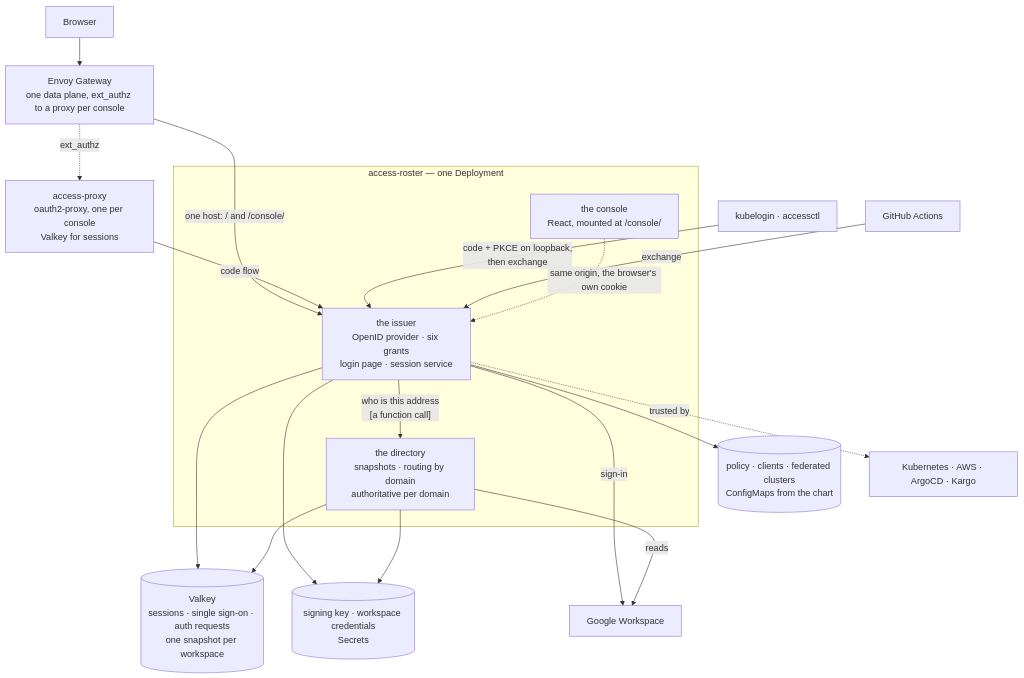
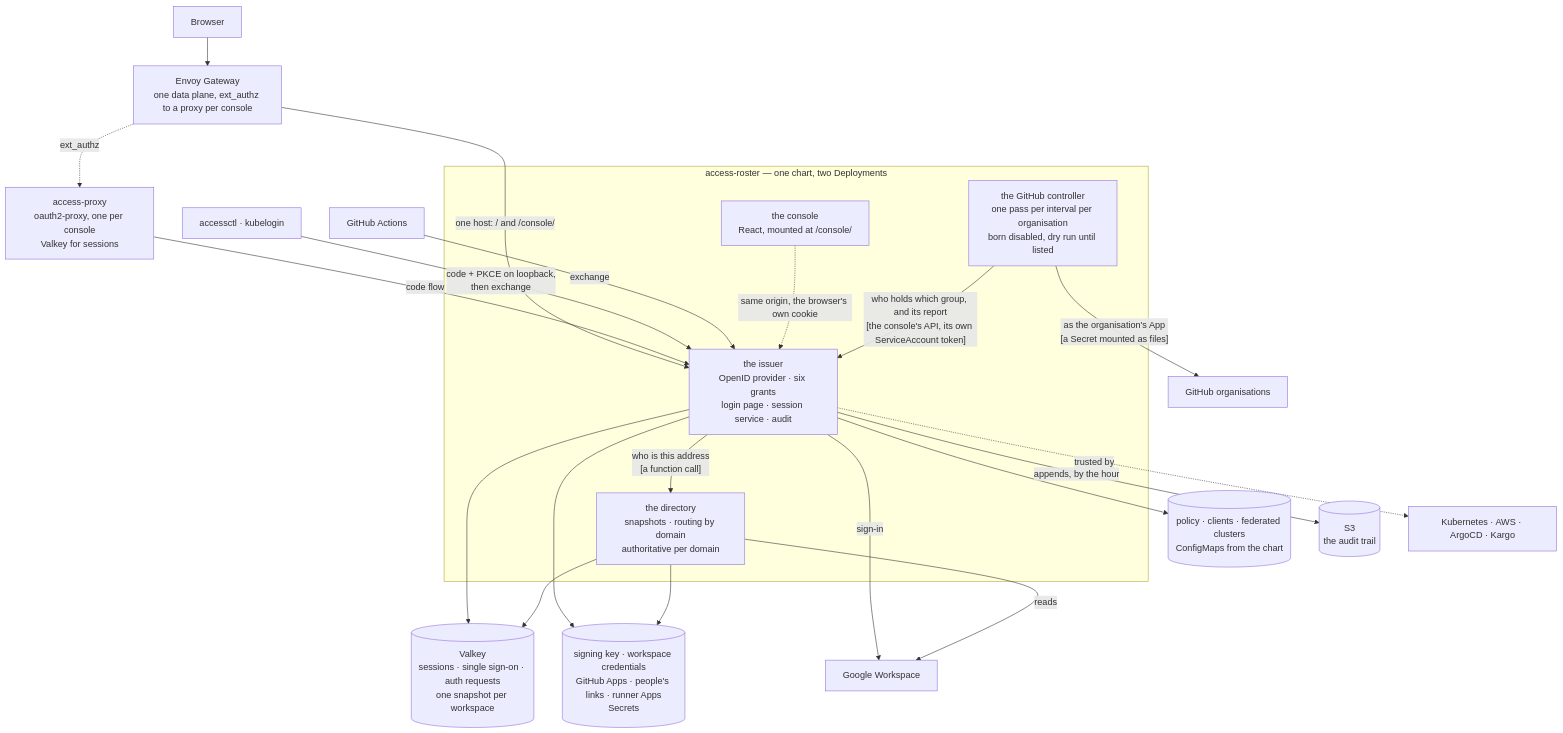
One commit to truvity/access-roster changed the second of 2 diagrams in docs/architecture.md. Above: the diagram before and after it, drawn with Mermaid. The commit also changed other lines of this file and 37 other files, not shown here.

````diff
--- a/docs/architecture.md
+++ b/docs/architecture.md
@@ -57,39 +64,45 @@
 ```mermaid
 flowchart TB
   browser["Browser"]
-  cli["kubelogin · accessctl"]
+  cli["accessctl · kubelogin"]
   ci["GitHub Actions"]
   gw["Envoy Gateway<br/>one data plane, ext_authz to a proxy per console"]
 
-  subgraph ar["access-roster — one Deployment"]
-    issuer["the issuer<br/>OpenID provider · six grants<br/>login page · session service"]
+  subgraph ar["access-roster — one chart, two Deployments"]
+    issuer["the issuer<br/>OpenID provider · six grants<br/>login page · session service · audit"]
     dir["the directory<br/>snapshots · routing by domain<br/>authoritative per domain"]
     con["the console<br/>React, mounted at /console/"]
+    ctl["the GitHub controller<br/>one pass per interval per organisation<br/>born disabled, dry run until listed"]
   end
 
   vk[("Valkey<br/>sessions · single sign-on · auth requests<br/>one snapshot per workspace")]
   cfg[("policy · clients · federated clusters<br/>ConfigMaps from the chart")]
-  sec[("signing key · workspace credentials<br/>Secrets")]
+  sec[("signing key · workspace credentials<br/>GitHub Apps · people's links · runner Apps<br/>Secrets")]
+  s3[("S3<br/>the audit trail")]
 
   proxy["access-proxy<br/>oauth2-proxy, one per console<br/>Valkey for sessions"]
   idp["Google Workspace"]
   rp["Kubernetes · AWS · ArgoCD · Kargo"]
+  gho["GitHub organisations"]
 
   browser --> gw
   gw -- "one host: / and /console/" --> issuer
   gw -. "ext_authz" .-> proxy
   proxy -- "code flow" --> issuer
   cli -- "code + PKCE on loopback,<br/>then exchange" --> issuer
   ci -- "exchange" --> issuer
 
   issuer -- "who is this address<br/>[a function call]" --> dir
   issuer --> vk
   issuer --> cfg
   issuer --> sec
   issuer -- "sign-in" --> idp
+  issuer -- "appends, by the hour" --> s3
   dir --> vk
   dir --> sec
   dir -- "reads" --> idp
   con -. "same origin, the browser's own cookie" .-> issuer
+  ctl -- "who holds which group, and its report<br/>[the console's API, its own ServiceAccount token]" --> issuer
+  ctl -- "as the organisation's App<br/>[a Secret mounted as files]" --> gho
   issuer -. "trusted by" .-> rp
 ```
````
